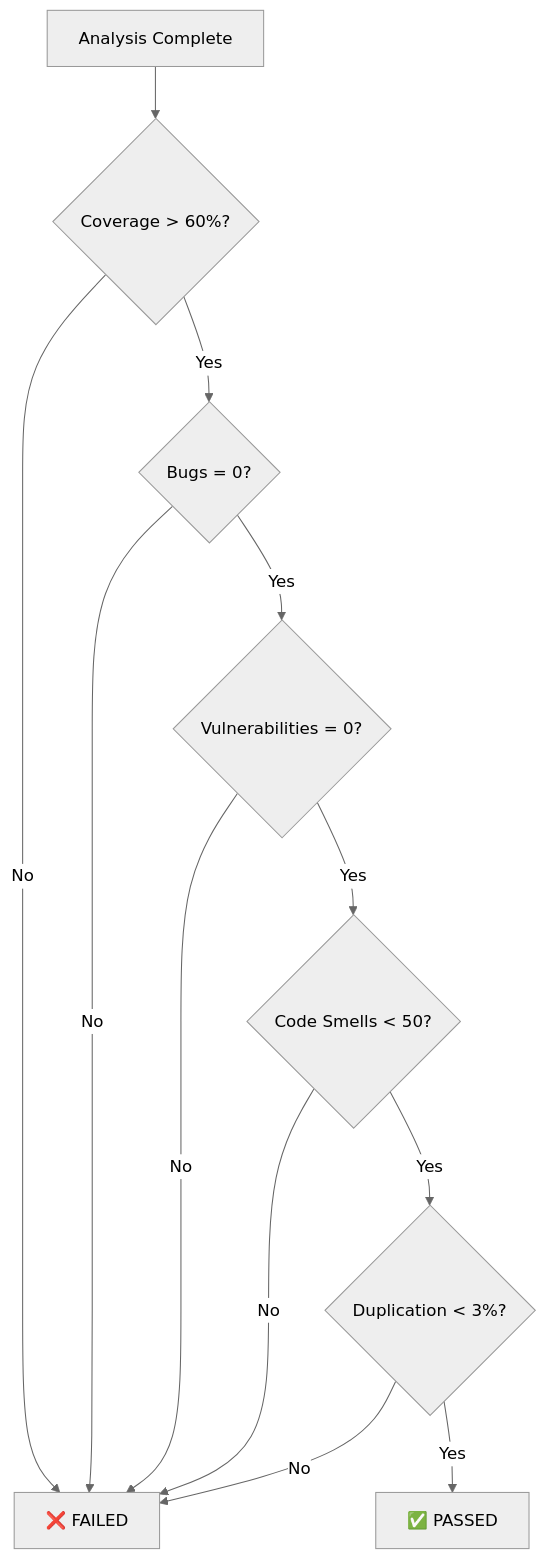
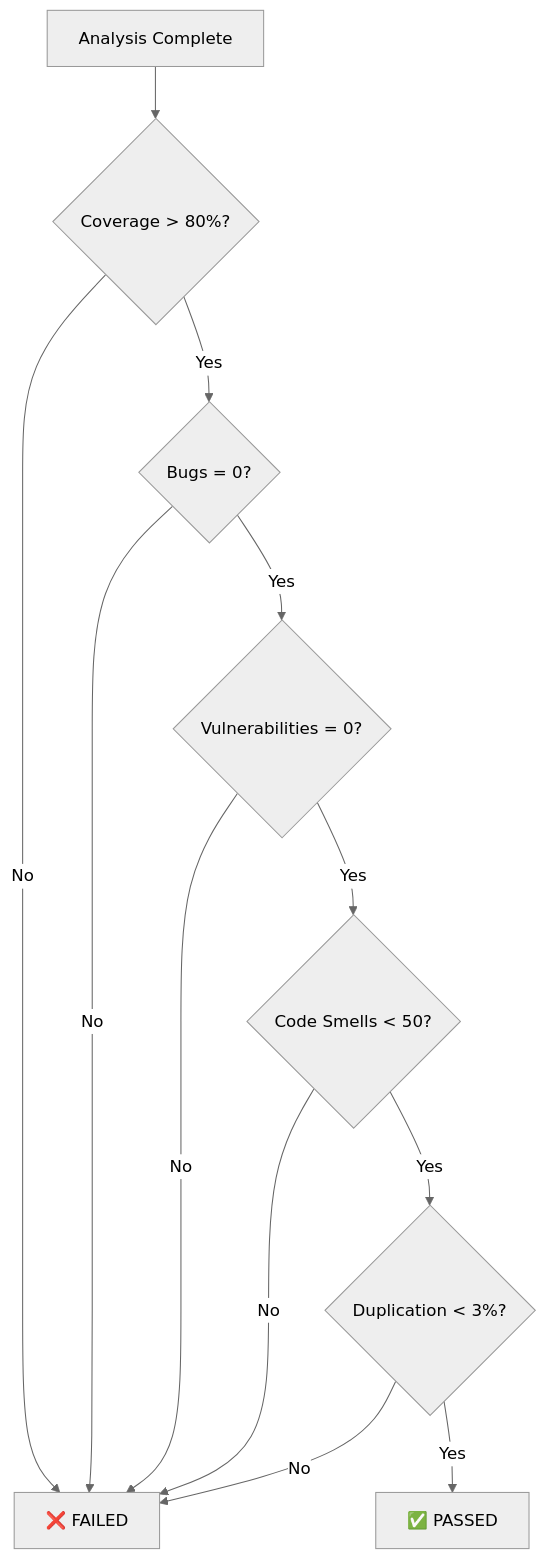
One commit to irwantocia-eng/ci changed the second of 2 diagrams in docs/SONAR.md. Above: the diagram before and after it, drawn with Mermaid (neutral theme). The commit also changed other lines of this file and 2 other files, not shown here.

````diff
--- a/docs/SONAR.md
+++ b/docs/SONAR.md
@@ -223,14 +223,14 @@
 ```mermaid
 graph TD
-    A[Analysis Complete] --> B{Coverage > 60%?}
+    A[Analysis Complete] --> B{Coverage > 80%?}
     B -->|No| C[❌ FAILED]
     B -->|Yes| D{Bugs = 0?}
     D -->|No| C
     D -->|Yes| E{Vulnerabilities = 0?}
     E -->|No| C
     E -->|Yes| F{Code Smells < 50?}
     F -->|No| C
     F -->|Yes| G{Duplication < 3%?}
     G -->|No| C
     G -->|Yes| H[✅ PASSED]
 ```
````
